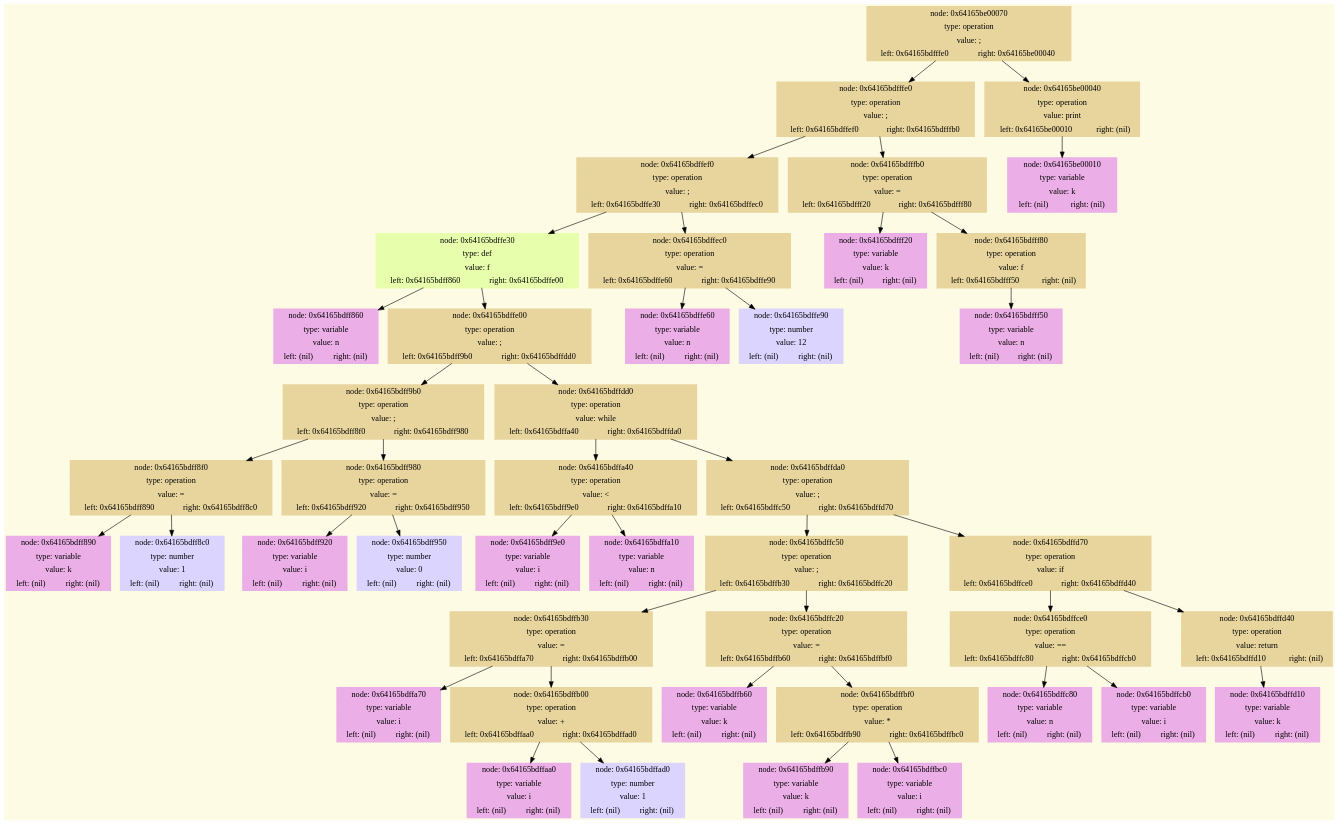
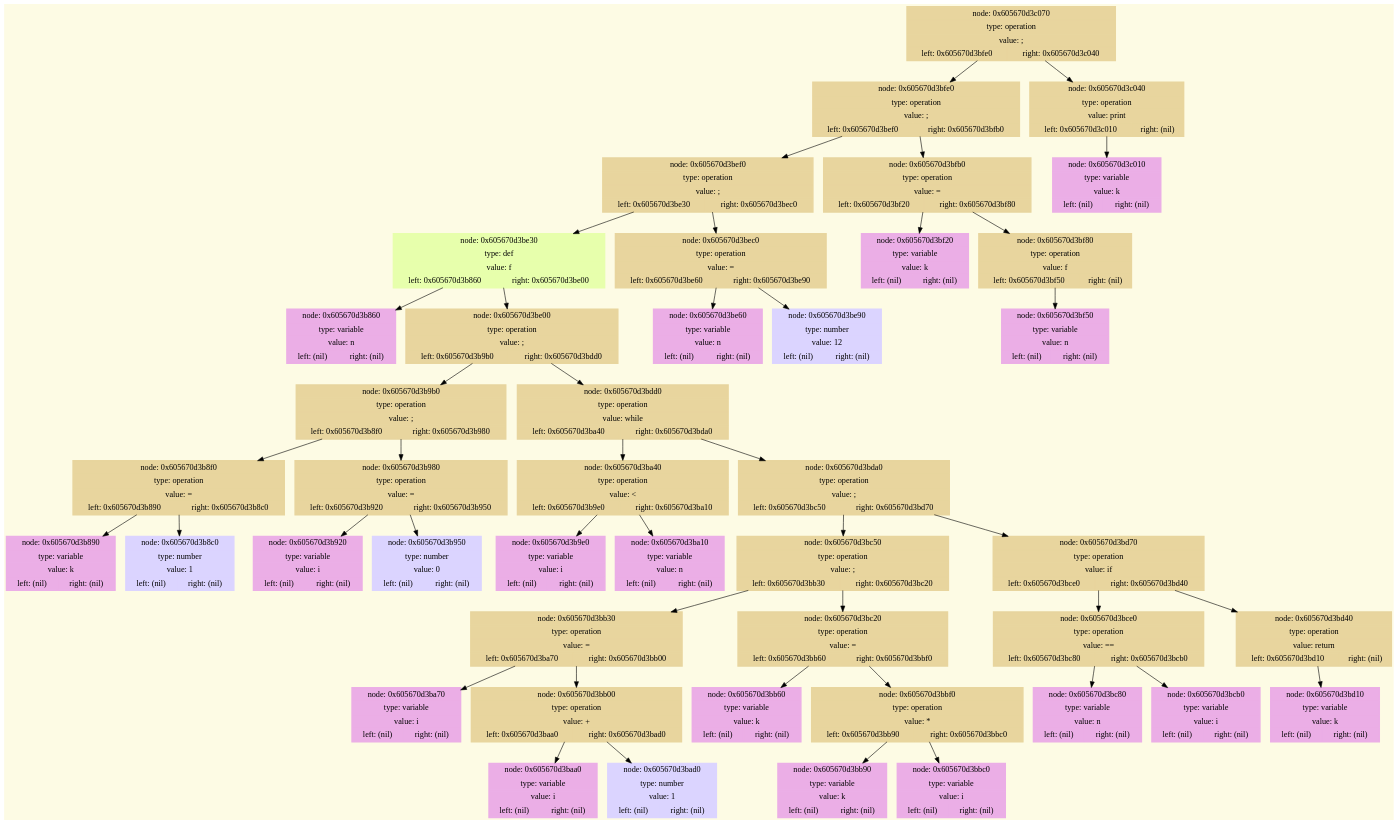
One commit to lavrt/ProgrammingLanguage changed the diagram in Frontend/dump.gv. Above: the diagram before and after it, drawn with Graphviz. The commit also changed 3 other files, not shown here.

```diff
--- a/Frontend/dump.gv
+++ b/Frontend/dump.gv
@@ -4,69 +4,69 @@
     node [shape=record,style = filled,penwidth = 2.5];
     bgcolor = "#FDFBE4";
 
-    node_0x64165be00070 [rank=0,label=" { node: 0x64165be00070 | type: operation | value: ; | { left: 0x64165bdfffe0 | right: 0x64165be00040 }} ", color = "#E8D59E"];
-    node_0x64165bdfffe0 [rank=1,label=" { node: 0x64165bdfffe0 | type: operation | value: ; | { left: 0x64165bdffef0 | right: 0x64165bdfffb0 }} ", color = "#E8D59E"];
-    node_0x64165bdffef0 [rank=2,label=" { node: 0x64165bdffef0 | type: operation | value: ; | { left: 0x64165bdffe30 | right: 0x64165bdffec0 }} ", color = "#E8D59E"];
-    node_0x64165bdffe30 [rank=3,label=" { node: 0x64165bdffe30 | type: def | value: f | { left: 0x64165bdff860 | right: 0x64165bdffe00 }} ", color = "#E7FFAC"];
-    node_0x64165bdff860 [rank=4,label=" { node: 0x64165bdff860 | type: variable | value: n | { left: (nil) | right: (nil) }} ", color = "#EBAEE6"];
-    node_0x64165bdffe00 [rank=4,label=" { node: 0x64165bdffe00 | type: operation | value: ; | { left: 0x64165bdff9b0 | right: 0x64165bdffdd0 }} ", color = "#E8D59E"];
-    node_0x64165bdff9b0 [rank=5,label=" { node: 0x64165bdff9b0 | type: operation | value: ; | { left: 0x64165bdff8f0 | right: 0x64165bdff980 }} ", color = "#E8D59E"];
-    node_0x64165bdff8f0 [rank=6,label=" { node: 0x64165bdff8f0 | type: operation | value: = | { left: 0x64165bdff890 | right: 0x64165bdff8c0 }} ", color = "#E8D59E"];
-    node_0x64165bdff890 [rank=7,label=" { node: 0x64165bdff890 | type: variable | value: k | { left: (nil) | right: (nil) }} ", color = "#EBAEE6"];
-    node_0x64165bdff8c0 [rank=7,label=" { node: 0x64165bdff8c0 | type: number | value: 1 | { left: (nil) | right: (nil) }} ", color = "#DBD4FF"];
-    node_0x64165bdff980 [rank=6,label=" { node: 0x64165bdff980 | type: operation | value: = | { left: 0x64165bdff920 | right: 0x64165bdff950 }} ", color = "#E8D59E"];
-    node_0x64165bdff920 [rank=7,label=" { node: 0x64165bdff920 | type: variable | value: i | { left: (nil) | right: (nil) }} ", color = "#EBAEE6"];
-    node_0x64165bdff950 [rank=7,label=" { node: 0x64165bdff950 | type: number | value: 0 | { left: (nil) | right: (nil) }} ", color = "#DBD4FF"];
-    node_0x64165bdffdd0 [rank=5,label=" { node: 0x64165bdffdd0 | type: operation | value: while | { left: 0x64165bdffa40 | right: 0x64165bdffda0 }} ", color = "#E8D59E"];
-    node_0x64165bdffa40 [rank=6,label=" { node: 0x64165bdffa40 | type: operation | value: \< | { left: 0x64165bdff9e0 | right: 0x64165bdffa10 }} ", color = "#E8D59E"];
-    node_0x64165bdff9e0 [rank=7,label=" { node: 0x64165bdff9e0 | type: variable | value: i | { left: (nil) | right: (nil) }} ", color = "#EBAEE6"];
-    node_0x64165bdffa10 [rank=7,label=" { node: 0x64165bdffa10 | type: variable | value: n | { left: (nil) | right: (nil) }} ", color = "#EBAEE6"];
-    node_0x64165bdffda0 [rank=6,label=" { node: 0x64165bdffda0 | type: operation | value: ; | { left: 0x64165bdffc50 | right: 0x64165bdffd70 }} ", color = "#E8D59E"];
-    node_0x64165bdffc50 [rank=7,label=" { node: 0x64165bdffc50 | type: operation | value: ; | { left: 0x64165bdffb30 | right: 0x64165bdffc20 }} ", color = "#E8D59E"];
-    node_0x64165bdffb30 [rank=8,label=" { node: 0x64165bdffb30 | type: operation | value: = | { left: 0x64165bdffa70 | right: 0x64165bdffb00 }} ", color = "#E8D59E"];
-    node_0x64165bdffa70 [rank=9,label=" { node: 0x64165bdffa70 | type: variable | value: i | { left: (nil) | right: (nil) }} ", color = "#EBAEE6"];
-    node_0x64165bdffb00 [rank=9,label=" { node: 0x64165bdffb00 | type: operation | value: + | { left: 0x64165bdffaa0 | right: 0x64165bdffad0 }} ", color = "#E8D59E"];
-    node_0x64165bdffaa0 [rank=10,label=" { node: 0x64165bdffaa0 | type: variable | value: i | { left: (nil) | right: (nil) }} ", color = "#EBAEE6"];
-    node_0x64165bdffad0 [rank=10,label=" { node: 0x64165bdffad0 | type: number | value: 1 | { left: (nil) | right: (nil) }} ", color = "#DBD4FF"];
-    node_0x64165bdffc20 [rank=8,label=" { node: 0x64165bdffc20 | type: operation | value: = | { left: 0x64165bdffb60 | right: 0x64165bdffbf0 }} ", color = "#E8D59E"];
-    node_0x64165bdffb60 [rank=9,label=" { node: 0x64165bdffb60 | type: variable | value: k | { left: (nil) | right: (nil) }} ", color = "#EBAEE6"];
-    node_0x64165bdffbf0 [rank=9,label=" { node: 0x64165bdffbf0 | type: operation | value: * | { left: 0x64165bdffb90 | right: 0x64165bdffbc0 }} ", color = "#E8D59E"];
-    node_0x64165bdffb90 [rank=10,label=" { node: 0x64165bdffb90 | type: variable | value: k | { left: (nil) | right: (nil) }} ", color = "#EBAEE6"];
-    node_0x64165bdffbc0 [rank=10,label=" { node: 0x64165bdffbc0 | type: variable | value: i | { left: (nil) | right: (nil) }} ", color = "#EBAEE6"];
-    node_0x64165bdffd70 [rank=7,label=" { node: 0x64165bdffd70 | type: operation | value: if | { left: 0x64165bdffce0 | right: 0x64165bdffd40 }} ", color = "#E8D59E"];
-    node_0x64165bdffce0 [rank=8,label=" { node: 0x64165bdffce0 | type: operation | value: \== | { left: 0x64165bdffc80 | right: 0x64165bdffcb0 }} ", color = "#E8D59E"];
-    node_0x64165bdffc80 [rank=9,label=" { node: 0x64165bdffc80 | type: variable | value: n | { left: (nil) | right: (nil) }} ", color = "#EBAEE6"];
-    node_0x64165bdffcb0 [rank=9,label=" { node: 0x64165bdffcb0 | type: variable | value: i | { left: (nil) | right: (nil) }} ", color = "#EBAEE6"];
-    node_0x64165bdffd40 [rank=8,label=" { node: 0x64165bdffd40 | type: operation | value: return | { left: 0x64165bdffd10 | right: (nil) }} ", color = "#E8D59E"];
-    node_0x64165bdffd10 [rank=9,label=" { node: 0x64165bdffd10 | type: variable | value: k | { left: (nil) | right: (nil) }} ", color = "#EBAEE6"];
-    node_0x64165bdffec0 [rank=3,label=" { node: 0x64165bdffec0 | type: operation | value: = | { left: 0x64165bdffe60 | right: 0x64165bdffe90 }} ", color = "#E8D59E"];
-    node_0x64165bdffe60 [rank=4,label=" { node: 0x64165bdffe60 | type: variable | value: n | { left: (nil) | right: (nil) }} ", color = "#EBAEE6"];
-    node_0x64165bdffe90 [rank=4,label=" { node: 0x64165bdffe90 | type: number | value: 12 | { left: (nil) | right: (nil) }} ", color = "#DBD4FF"];
-    node_0x64165bdfffb0 [rank=2,label=" { node: 0x64165bdfffb0 | type: operation | value: = | { left: 0x64165bdfff20 | right: 0x64165bdfff80 }} ", color = "#E8D59E"];
-    node_0x64165bdfff20 [rank=3,label=" { node: 0x64165bdfff20 | type: variable | value: k | { left: (nil) | right: (nil) }} ", color = "#EBAEE6"];
-    node_0x64165bdfff80 [rank=3,label=" { node: 0x64165bdfff80 | type: operation | value: f | { left: 0x64165bdfff50 | right: (nil) }} ", color = "#E8D59E"];
-    node_0x64165bdfff50 [rank=4,label=" { node: 0x64165bdfff50 | type: variable | value: n | { left: (nil) | right: (nil) }} ", color = "#EBAEE6"];
-    node_0x64165be00040 [rank=1,label=" { node: 0x64165be00040 | type: operation | value: print | { left: 0x64165be00010 | right: (nil) }} ", color = "#E8D59E"];
-    node_0x64165be00010 [rank=2,label=" { node: 0x64165be00010 | type: variable | value: k | { left: (nil) | right: (nil) }} ", color = "#EBAEE6"];
-    node_0x64165be00070 -> node_0x64165bdfffe0 -> node_0x64165bdffef0 -> node_0x64165bdffe30 -> node_0x64165bdff860 ;
-    node_0x64165bdffe30 -> node_0x64165bdffe00 -> node_0x64165bdff9b0 -> node_0x64165bdff8f0 -> node_0x64165bdff890 ;
-    node_0x64165bdff8f0 -> node_0x64165bdff8c0 ;
-    node_0x64165bdff9b0 -> node_0x64165bdff980 -> node_0x64165bdff920 ;
-    node_0x64165bdff980 -> node_0x64165bdff950 ;
-    node_0x64165bdffe00 -> node_0x64165bdffdd0 -> node_0x64165bdffa40 -> node_0x64165bdff9e0 ;
-    node_0x64165bdffa40 -> node_0x64165bdffa10 ;
-    node_0x64165bdffdd0 -> node_0x64165bdffda0 -> node_0x64165bdffc50 -> node_0x64165bdffb30 -> node_0x64165bdffa70 ;
-    node_0x64165bdffb30 -> node_0x64165bdffb00 -> node_0x64165bdffaa0 ;
-    node_0x64165bdffb00 -> node_0x64165bdffad0 ;
-    node_0x64165bdffc50 -> node_0x64165bdffc20 -> node_0x64165bdffb60 ;
-    node_0x64165bdffc20 -> node_0x64165bdffbf0 -> node_0x64165bdffb90 ;
-    node_0x64165bdffbf0 -> node_0x64165bdffbc0 ;
-    node_0x64165bdffda0 -> node_0x64165bdffd70 -> node_0x64165bdffce0 -> node_0x64165bdffc80 ;
-    node_0x64165bdffce0 -> node_0x64165bdffcb0 ;
-    node_0x64165bdffd70 -> node_0x64165bdffd40 -> node_0x64165bdffd10 ;
-    node_0x64165bdffef0 -> node_0x64165bdffec0 -> node_0x64165bdffe60 ;
-    node_0x64165bdffec0 -> node_0x64165bdffe90 ;
-    node_0x64165bdfffe0 -> node_0x64165bdfffb0 -> node_0x64165bdfff20 ;
-    node_0x64165bdfffb0 -> node_0x64165bdfff80 -> node_0x64165bdfff50 ;
-    node_0x64165be00070 -> node_0x64165be00040 -> node_0x64165be00010 ;
+    node_0x605670d3c070 [rank=0,label=" { node: 0x605670d3c070 | type: operation | value: ; | { left: 0x605670d3bfe0 | right: 0x605670d3c040 }} ", color = "#E8D59E"];
+    node_0x605670d3bfe0 [rank=1,label=" { node: 0x605670d3bfe0 | type: operation | value: ; | { left: 0x605670d3bef0 | right: 0x605670d3bfb0 }} ", color = "#E8D59E"];
+    node_0x605670d3bef0 [rank=2,label=" { node: 0x605670d3bef0 | type: operation | value: ; | { left: 0x605670d3be30 | right: 0x605670d3bec0 }} ", color = "#E8D59E"];
+    node_0x605670d3be30 [rank=3,label=" { node: 0x605670d3be30 | type: def | value: f | { left: 0x605670d3b860 | right: 0x605670d3be00 }} ", color = "#E7FFAC"];
+    node_0x605670d3b860 [rank=4,label=" { node: 0x605670d3b860 | type: variable | value: n | { left: (nil) | right: (nil) }} ", color = "#EBAEE6"];
+    node_0x605670d3be00 [rank=4,label=" { node: 0x605670d3be00 | type: operation | value: ; | { left: 0x605670d3b9b0 | right: 0x605670d3bdd0 }} ", color = "#E8D59E"];
+    node_0x605670d3b9b0 [rank=5,label=" { node: 0x605670d3b9b0 | type: operation | value: ; | { left: 0x605670d3b8f0 | right: 0x605670d3b980 }} ", color = "#E8D59E"];
+    node_0x605670d3b8f0 [rank=6,label=" { node: 0x605670d3b8f0 | type: operation | value: = | { left: 0x605670d3b890 | right: 0x605670d3b8c0 }} ", color = "#E8D59E"];
+    node_0x605670d3b890 [rank=7,label=" { node: 0x605670d3b890 | type: variable | value: k | { left: (nil) | right: (nil) }} ", color = "#EBAEE6"];
+    node_0x605670d3b8c0 [rank=7,label=" { node: 0x605670d3b8c0 | type: number | value: 1 | { left: (nil) | right: (nil) }} ", color = "#DBD4FF"];
+    node_0x605670d3b980 [rank=6,label=" { node: 0x605670d3b980 | type: operation | value: = | { left: 0x605670d3b920 | right: 0x605670d3b950 }} ", color = "#E8D59E"];
+    node_0x605670d3b920 [rank=7,label=" { node: 0x605670d3b920 | type: variable | value: i | { left: (nil) | right: (nil) }} ", color = "#EBAEE6"];
+    node_0x605670d3b950 [rank=7,label=" { node: 0x605670d3b950 | type: number | value: 0 | { left: (nil) | right: (nil) }} ", color = "#DBD4FF"];
+    node_0x605670d3bdd0 [rank=5,label=" { node: 0x605670d3bdd0 | type: operation | value: while | { left: 0x605670d3ba40 | right: 0x605670d3bda0 }} ", color = "#E8D59E"];
+    node_0x605670d3ba40 [rank=6,label=" { node: 0x605670d3ba40 | type: operation | value: \< | { left: 0x605670d3b9e0 | right: 0x605670d3ba10 }} ", color = "#E8D59E"];
+    node_0x605670d3b9e0 [rank=7,label=" { node: 0x605670d3b9e0 | type: variable | value: i | { left: (nil) | right: (nil) }} ", color = "#EBAEE6"];
+    node_0x605670d3ba10 [rank=7,label=" { node: 0x605670d3ba10 | type: variable | value: n | { left: (nil) | right: (nil) }} ", color = "#EBAEE6"];
+    node_0x605670d3bda0 [rank=6,label=" { node: 0x605670d3bda0 | type: operation | value: ; | { left: 0x605670d3bc50 | right: 0x605670d3bd70 }} ", color = "#E8D59E"];
+    node_0x605670d3bc50 [rank=7,label=" { node: 0x605670d3bc50 | type: operation | value: ; | { left: 0x605670d3bb30 | right: 0x605670d3bc20 }} ", color = "#E8D59E"];
+    node_0x605670d3bb30 [rank=8,label=" { node: 0x605670d3bb30 | type: operation | value: = | { left: 0x605670d3ba70 | right: 0x605670d3bb00 }} ", color = "#E8D59E"];
+    node_0x605670d3ba70 [rank=9,label=" { node: 0x605670d3ba70 | type: variable | value: i | { left: (nil) | right: (nil) }} ", color = "#EBAEE6"];
+    node_0x605670d3bb00 [rank=9,label=" { node: 0x605670d3bb00 | type: operation | value: + | { left: 0x605670d3baa0 | right: 0x605670d3bad0 }} ", color = "#E8D59E"];
+    node_0x605670d3baa0 [rank=10,label=" { node: 0x605670d3baa0 | type: variable | value: i | { left: (nil) | right: (nil) }} ", color = "#EBAEE6"];
+    node_0x605670d3bad0 [rank=10,label=" { node: 0x605670d3bad0 | type: number | value: 1 | { left: (nil) | right: (nil) }} ", color = "#DBD4FF"];
+    node_0x605670d3bc20 [rank=8,label=" { node: 0x605670d3bc20 | type: operation | value: = | { left: 0x605670d3bb60 | right: 0x605670d3bbf0 }} ", color = "#E8D59E"];
+    node_0x605670d3bb60 [rank=9,label=" { node: 0x605670d3bb60 | type: variable | value: k | { left: (nil) | right: (nil) }} ", color = "#EBAEE6"];
+    node_0x605670d3bbf0 [rank=9,label=" { node: 0x605670d3bbf0 | type: operation | value: * | { left: 0x605670d3bb90 | right: 0x605670d3bbc0 }} ", color = "#E8D59E"];
+    node_0x605670d3bb90 [rank=10,label=" { node: 0x605670d3bb90 | type: variable | value: k | { left: (nil) | right: (nil) }} ", color = "#EBAEE6"];
+    node_0x605670d3bbc0 [rank=10,label=" { node: 0x605670d3bbc0 | type: variable | value: i | { left: (nil) | right: (nil) }} ", color = "#EBAEE6"];
+    node_0x605670d3bd70 [rank=7,label=" { node: 0x605670d3bd70 | type: operation | value: if | { left: 0x605670d3bce0 | right: 0x605670d3bd40 }} ", color = "#E8D59E"];
+    node_0x605670d3bce0 [rank=8,label=" { node: 0x605670d3bce0 | type: operation | value: \== | { left: 0x605670d3bc80 | right: 0x605670d3bcb0 }} ", color = "#E8D59E"];
+    node_0x605670d3bc80 [rank=9,label=" { node: 0x605670d3bc80 | type: variable | value: n | { left: (nil) | right: (nil) }} ", color = "#EBAEE6"];
+    node_0x605670d3bcb0 [rank=9,label=" { node: 0x605670d3bcb0 | type: variable | value: i | { left: (nil) | right: (nil) }} ", color = "#EBAEE6"];
+    node_0x605670d3bd40 [rank=8,label=" { node: 0x605670d3bd40 | type: operation | value: return | { left: 0x605670d3bd10 | right: (nil) }} ", color = "#E8D59E"];
+    node_0x605670d3bd10 [rank=9,label=" { node: 0x605670d3bd10 | type: variable | value: k | { left: (nil) | right: (nil) }} ", color = "#EBAEE6"];
+    node_0x605670d3bec0 [rank=3,label=" { node: 0x605670d3bec0 | type: operation | value: = | { left: 0x605670d3be60 | right: 0x605670d3be90 }} ", color = "#E8D59E"];
+    node_0x605670d3be60 [rank=4,label=" { node: 0x605670d3be60 | type: variable | value: n | { left: (nil) | right: (nil) }} ", color = "#EBAEE6"];
+    node_0x605670d3be90 [rank=4,label=" { node: 0x605670d3be90 | type: number | value: 12 | { left: (nil) | right: (nil) }} ", color = "#DBD4FF"];
+    node_0x605670d3bfb0 [rank=2,label=" { node: 0x605670d3bfb0 | type: operation | value: = | { left: 0x605670d3bf20 | right: 0x605670d3bf80 }} ", color = "#E8D59E"];
+    node_0x605670d3bf20 [rank=3,label=" { node: 0x605670d3bf20 | type: variable | value: k | { left: (nil) | right: (nil) }} ", color = "#EBAEE6"];
+    node_0x605670d3bf80 [rank=3,label=" { node: 0x605670d3bf80 | type: operation | value: f | { left: 0x605670d3bf50 | right: (nil) }} ", color = "#E8D59E"];
+    node_0x605670d3bf50 [rank=4,label=" { node: 0x605670d3bf50 | type: variable | value: n | { left: (nil) | right: (nil) }} ", color = "#EBAEE6"];
+    node_0x605670d3c040 [rank=1,label=" { node: 0x605670d3c040 | type: operation | value: print | { left: 0x605670d3c010 | right: (nil) }} ", color = "#E8D59E"];
+    node_0x605670d3c010 [rank=2,label=" { node: 0x605670d3c010 | type: variable | value: k | { left: (nil) | right: (nil) }} ", color = "#EBAEE6"];
+    node_0x605670d3c070 -> node_0x605670d3bfe0 -> node_0x605670d3bef0 -> node_0x605670d3be30 -> node_0x605670d3b860 ;
+    node_0x605670d3be30 -> node_0x605670d3be00 -> node_0x605670d3b9b0 -> node_0x605670d3b8f0 -> node_0x605670d3b890 ;
+    node_0x605670d3b8f0 -> node_0x605670d3b8c0 ;
+    node_0x605670d3b9b0 -> node_0x605670d3b980 -> node_0x605670d3b920 ;
+    node_0x605670d3b980 -> node_0x605670d3b950 ;
+    node_0x605670d3be00 -> node_0x605670d3bdd0 -> node_0x605670d3ba40 -> node_0x605670d3b9e0 ;
+    node_0x605670d3ba40 -> node_0x605670d3ba10 ;
+    node_0x605670d3bdd0 -> node_0x605670d3bda0 -> node_0x605670d3bc50 -> node_0x605670d3bb30 -> node_0x605670d3ba70 ;
+    node_0x605670d3bb30 -> node_0x605670d3bb00 -> node_0x605670d3baa0 ;
+    node_0x605670d3bb00 -> node_0x605670d3bad0 ;
+    node_0x605670d3bc50 -> node_0x605670d3bc20 -> node_0x605670d3bb60 ;
+    node_0x605670d3bc20 -> node_0x605670d3bbf0 -> node_0x605670d3bb90 ;
+    node_0x605670d3bbf0 -> node_0x605670d3bbc0 ;
+    node_0x605670d3bda0 -> node_0x605670d3bd70 -> node_0x605670d3bce0 -> node_0x605670d3bc80 ;
+    node_0x605670d3bce0 -> node_0x605670d3bcb0 ;
+    node_0x605670d3bd70 -> node_0x605670d3bd40 -> node_0x605670d3bd10 ;
+    node_0x605670d3bef0 -> node_0x605670d3bec0 -> node_0x605670d3be60 ;
+    node_0x605670d3bec0 -> node_0x605670d3be90 ;
+    node_0x605670d3bfe0 -> node_0x605670d3bfb0 -> node_0x605670d3bf20 ;
+    node_0x605670d3bfb0 -> node_0x605670d3bf80 -> node_0x605670d3bf50 ;
+    node_0x605670d3c070 -> node_0x605670d3c040 -> node_0x605670d3c010 ;
 }
```
